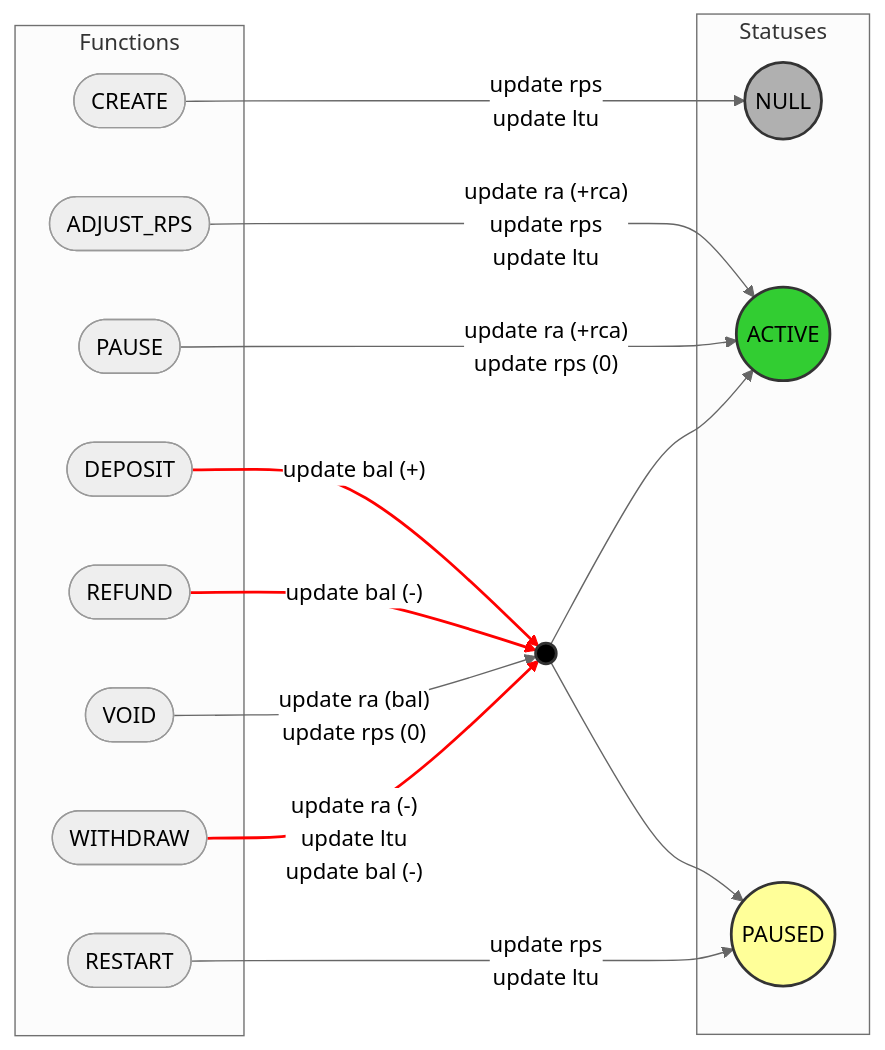
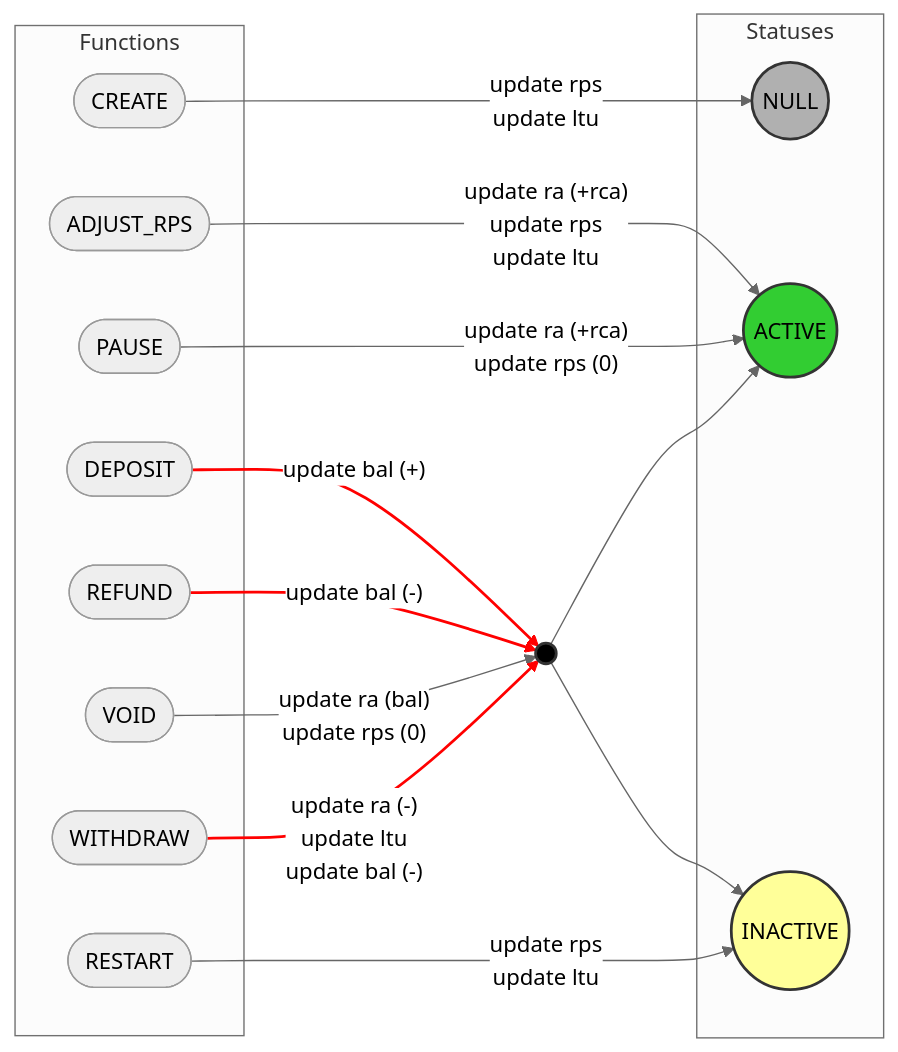
One commit to sablier-labs/flow changed the second of 8 diagrams in diagrams.md. Above: the diagram before and after it, drawn with Mermaid (neutral theme). The commit also changed other lines of this file and 3 other files, not shown here.

````diff
--- a/diagrams.md
+++ b/diagrams.md
@@ -71,46 +71,46 @@
 ```mermaid
 flowchart LR
     subgraph Statuses
         NULL((NULL)):::grey
         ACV((ACTIVE)):::green
-        PSD((PAUSED)):::yellow
+        INACV((INACTIVE)):::yellow
     end
 
 
     subgraph Functions
         CR([CREATE])
         ADJRPS([ADJUST_RPS])
         DP([DEPOSIT])
         WTD([WITHDRAW])
         RFD([REFUND])
         RST([RESTART])
         PS([PAUSE])
         VD([VOID])
     end
 
     BOTH((  )):::black
 
     classDef grey fill:#b0b0b0,stroke:#333,stroke-width:2px;
     classDef green fill:#32cd32,stroke:#333,stroke-width:2px;
     classDef yellow fill:#ffff99,stroke:#333,stroke-width:2px;
     classDef black fill:#000000,stroke:#333,stroke-width:2px;
 
     CR -- "update rps\nupdate ltu" --> NULL
     ADJRPS -- "update ra (+rca)\nupdate rps\nupdate ltu" -->  ACV
 
     DP -- "update bal (+)" --> BOTH
 
     RFD -- "update bal (-)" --> BOTH
 
     VD -- "update ra (bal)\nupdate rps (0)" --> BOTH
 
     WTD -- "update ra (-) \nupdate ltu\nupdate bal (-)" --> BOTH
 
     PS -- "update ra (+rca)\nupdate rps (0)" --> ACV
 
-    BOTH --> ACV & PSD
+    BOTH --> ACV & INACV
 
-    RST -- "update rps \nupdate ltu" --> PSD
+    RST -- "update rps \nupdate ltu" --> INACV
 
     linkStyle 2,3,5 stroke:#ff0000,stroke-width:2px
 ```
````
